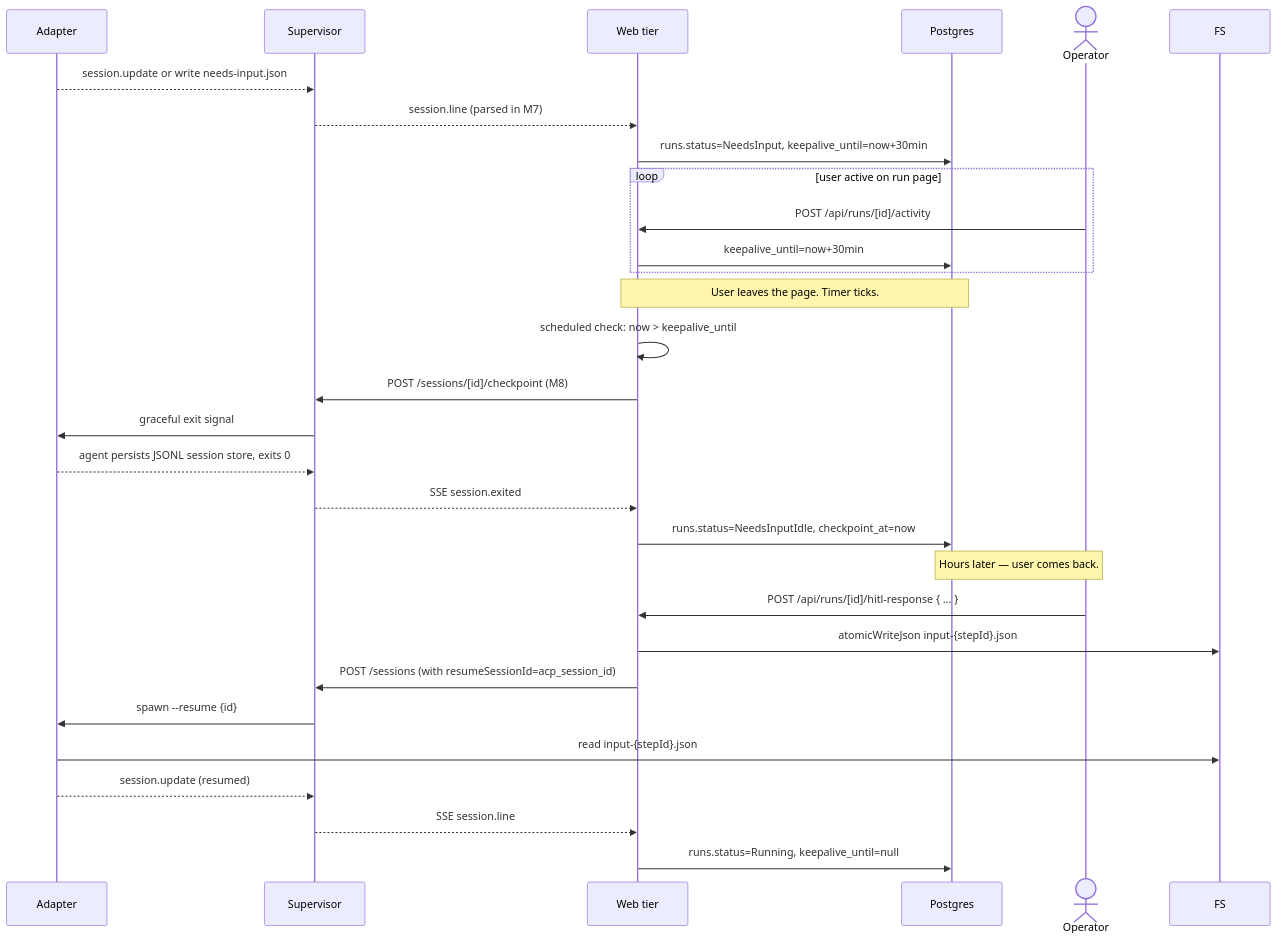
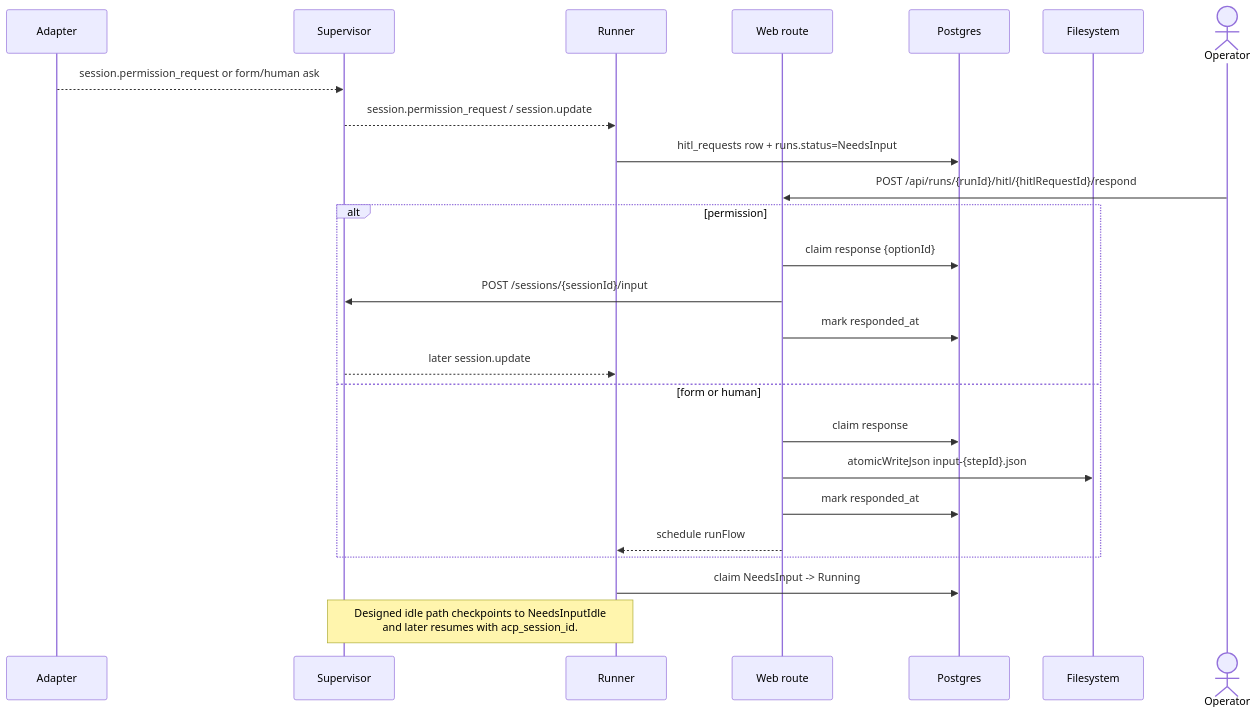
One commit to maister-dev/maister changed the third of 4 diagrams in docs/system-analytics/runs.md. Above: the diagram before and after it, drawn with Mermaid. The commit also changed other lines of this file and 46 other files, not shown here.

````diff
--- a/docs/system-analytics/runs.md
+++ b/docs/system-analytics/runs.md
@@ -102,33 +102,28 @@
 ```mermaid
 sequenceDiagram
     participant A as Adapter
     participant SV as Supervisor
-    participant W as Web tier
+    participant R as Runner
+    participant W as Web route
     participant DB as Postgres
+    participant FS as Filesystem
     actor U as Operator
 
-    A-->>SV: session.update or write needs-input.json
-    SV-->>W: session.line (parsed in M7)
-    W->>DB: runs.status=NeedsInput, keepalive_until=now+30min
-    loop user active on run page
-        U->>W: POST /api/runs/[id]/activity
-        W->>DB: keepalive_until=now+30min
+    A-->>SV: session.permission_request or form/human ask
+    SV-->>R: session.permission_request / session.update
+    R->>DB: hitl_requests row + runs.status=NeedsInput
+    U->>W: POST /api/runs/{runId}/hitl/{hitlRequestId}/respond
+    alt permission
+        W->>DB: claim response {optionId}
+        W->>SV: POST /sessions/{sessionId}/input
+        W->>DB: mark responded_at
+        SV-->>R: later session.update
+    else form or human
+        W->>DB: claim response
+        W->>FS: atomicWriteJson input-{stepId}.json
+        W->>DB: mark responded_at
+        W-->>R: schedule runFlow
     end
-    Note over W,DB: User leaves the page. Timer ticks.
-    W->>W: scheduled check: now > keepalive_until
-    W->>SV: POST /sessions/[id]/checkpoint (M8)
-    SV->>A: graceful exit signal
-    A-->>SV: agent persists JSONL session store, exits 0
-    SV-->>W: SSE session.exited
-    W->>DB: runs.status=NeedsInputIdle, checkpoint_at=now
-
-    Note over U,DB: Hours later — user comes back.
-    U->>W: POST /api/runs/[id]/hitl-response { ... }
-    W->>FS: atomicWriteJson input-{stepId}.json
-    W->>SV: POST /sessions (with resumeSessionId=acp_session_id)
-    SV->>A: spawn --resume {id}
-    A->>FS: read input-{stepId}.json
-    A-->>SV: session.update (resumed)
-    SV-->>W: SSE session.line
-    W->>DB: runs.status=Running, keepalive_until=null
+    R->>DB: claim NeedsInput -> Running
+    Note over R,SV: Designed idle path checkpoints to NeedsInputIdle<br/>and later resumes with acp_session_id.
 ```
````
